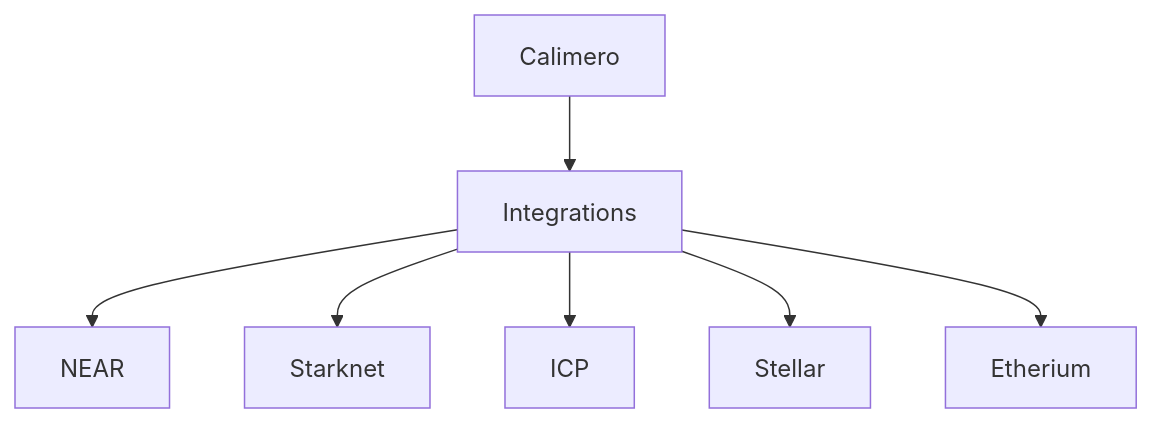
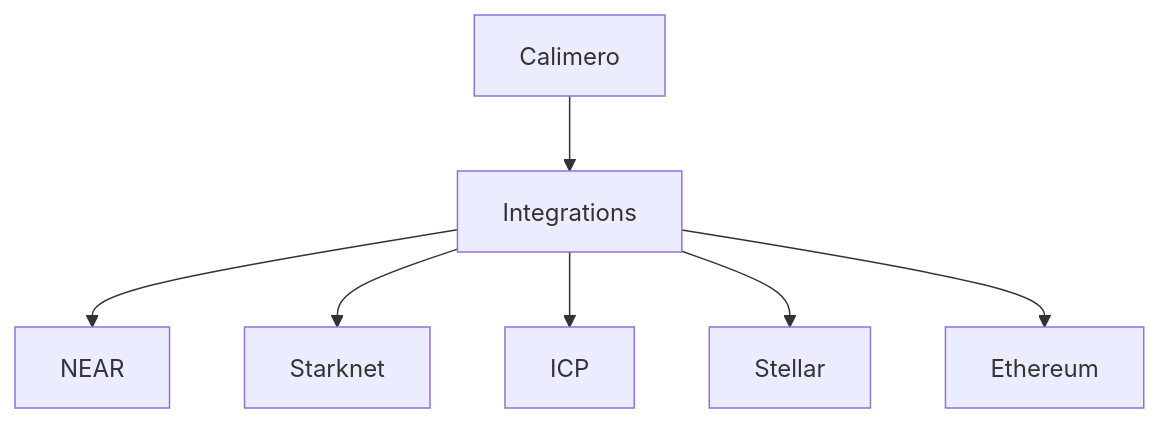
Before and after one commit to calimero-network/calimero-network.github.io: the first of 7 diagrams in docs/03-core-concepts/06-blockchain-integration.mdx, drawn with Mermaid. The commit also changed other lines of this file and 6 other files, not shown here.

````diff
--- a/docs/03-core-concepts/06-blockchain-integration.mdx
+++ b/docs/03-core-concepts/06-blockchain-integration.mdx
@@ -25,9 +25,9 @@
 ```mermaid
 graph TD
 A[Calimero] --> B[Integrations]
 B --> C[NEAR]
 B --> D[Starknet]
 B --> E[ICP]
 B --> F[Stellar]
-B --> G[Etherium]
+B --> G[Ethereum]
 ```
````
